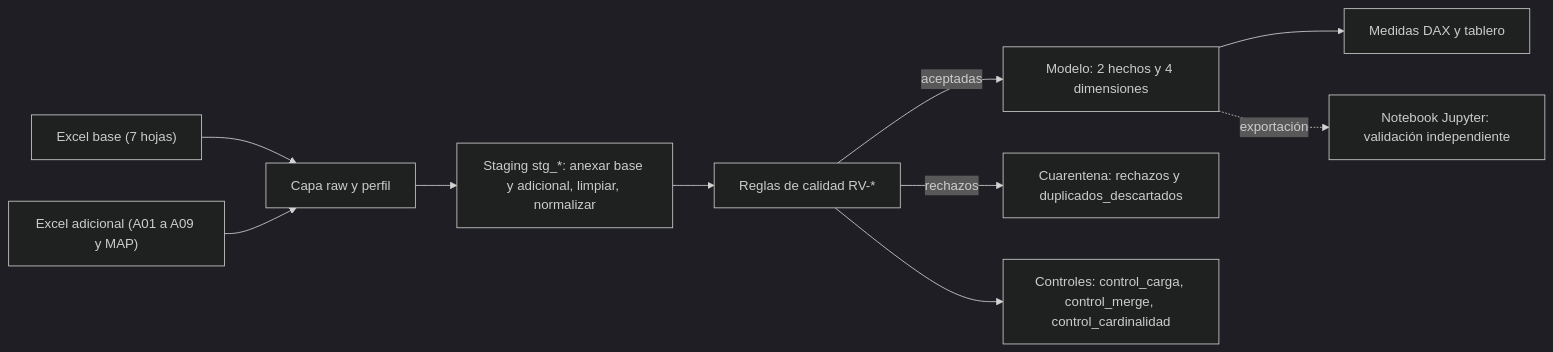
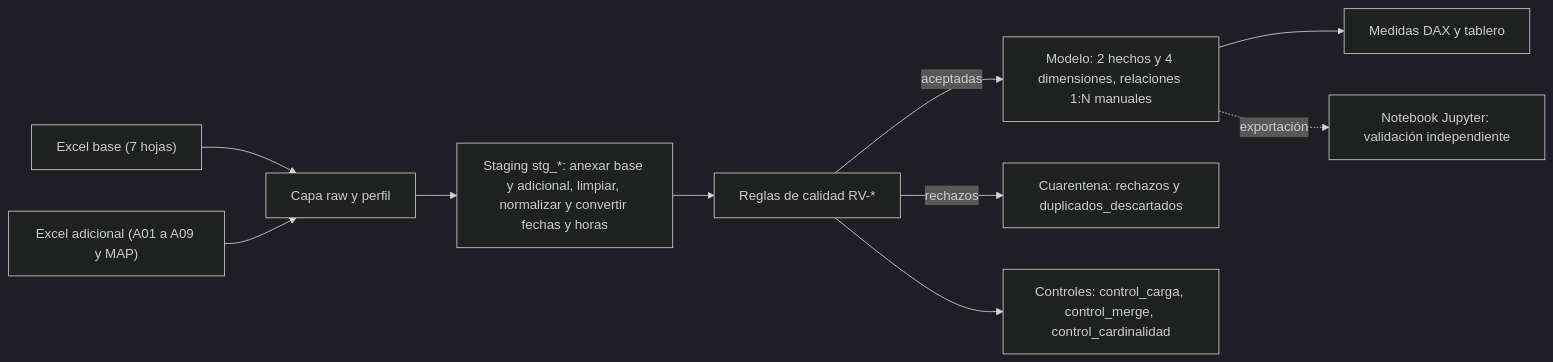
The first of 4 diagrams in docs/informe/Informe_SaludVital.md (LukasGarrido/SaludVital), drawn with Mermaid (dark theme) before and after one commit. The commit also changed other lines of this file, not shown here.

````diff
--- a/docs/informe/Informe_SaludVital.md
+++ b/docs/informe/Informe_SaludVital.md
@@ -332,12 +332,12 @@
 ```mermaid
 flowchart LR
   A["Excel base (7 hojas)"] --> R["Capa raw y perfil"]
   B["Excel adicional (A01 a A09 y MAP)"] --> R
-  R --> S["Staging stg_*: anexar base y adicional, limpiar, normalizar"]
+  R --> S["Staging stg_*: anexar base y adicional, limpiar, normalizar y convertir fechas y horas"]
   S --> Q["Reglas de calidad RV-*"]
-  Q -->|aceptadas| M["Modelo: 2 hechos y 4 dimensiones"]
+  Q -->|aceptadas| M["Modelo: 2 hechos y 4 dimensiones, relaciones 1:N manuales"]
   Q -->|rechazos| X["Cuarentena: rechazos y duplicados_descartados"]
   Q --> C["Controles: control_carga, control_merge, control_cardinalidad"]
   M --> D["Medidas DAX y tablero"]
   M -.->|exportación| J["Notebook Jupyter: validación independiente"]
 ```
````
